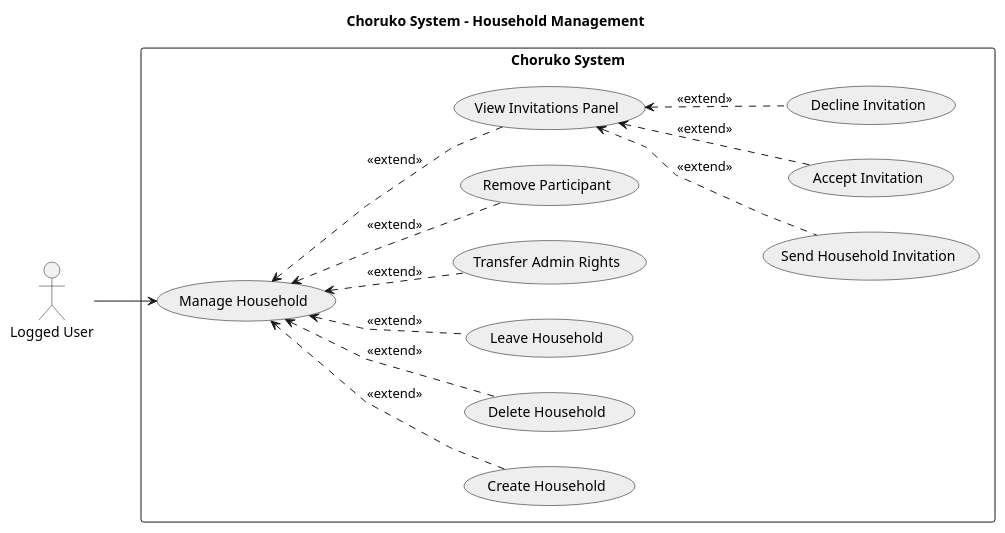
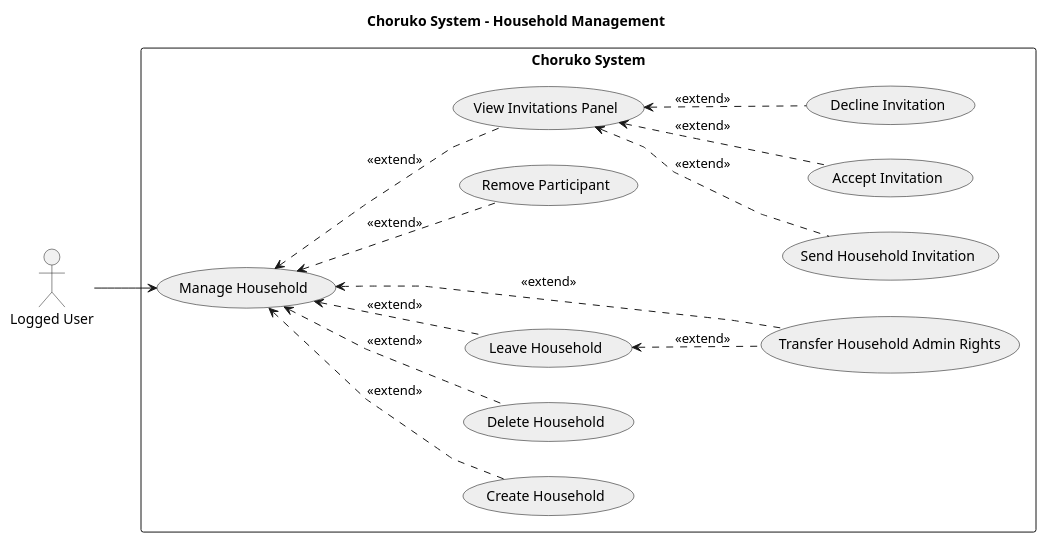
The diagram in docs/UML/use-case-diagrams/household-management-diagram.puml (psampir/choruko), drawn with PlantUML before and after one commit. The commit also changed 2 other files, not shown here.

Commit message:
docs/updated function flow

```diff
--- a/docs/UML/use-case-diagrams/household-management-diagram.puml
+++ b/docs/UML/use-case-diagrams/household-management-diagram.puml
@@ -1,39 +1,40 @@
 @startuml household-management
 
 title Choruko System - Household Management
 skinparam usecaseBorderColor #000000
 skinparam usecaseBackgroundColor #EEEEEE
 skinparam packageStyle rectangle
 skinparam linetype polyline
 left to right direction
 
 :Logged User: as l_user
 
 rectangle "Choruko System" {
   usecase "Manage Household" as UC3
   usecase "Create Household" as UC4
   usecase "Delete Household" as UC5
   usecase "Leave Household" as UC12
-  usecase "Transfer Admin Rights" as UC6
+  usecase "Transfer Household Admin Rights" as UC6
   usecase "Remove Participant" as UC8
 
   usecase "View Invitations Panel" as UC9
   usecase "Send Household Invitation" as UC7  
   usecase "Accept Invitation" as UC10
   usecase "Decline Invitation" as UC11
   
 }
 
 l_user --> UC3
 UC3 <.. UC4 : <<extend>>
 UC3 <.. UC5 : <<extend>>
 UC3 <.. UC12 : <<extend>>
 UC3 <.. UC6 : <<extend>>
 UC3 <.. UC8 : <<extend>>
+UC12 <.. UC6 : <<extend>>
 
 UC3 <.. UC9 : <<extend>>
 UC9 <.. UC7 : <<extend>>
 UC9 <.. UC10 : <<extend>>
 UC9 <.. UC11 : <<extend>>
 
 @enduml
```
